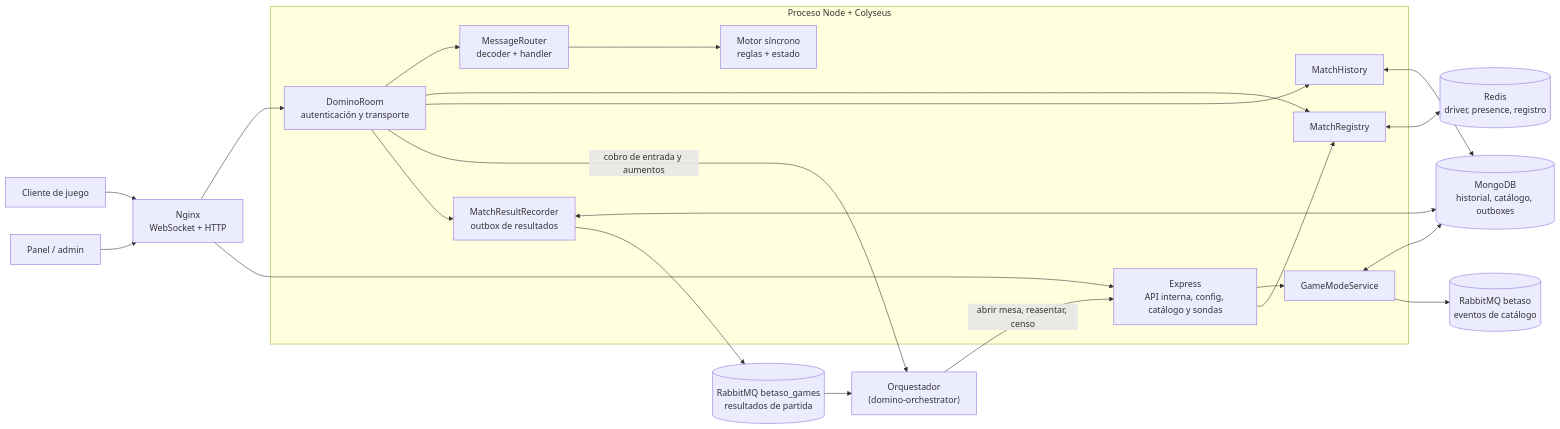
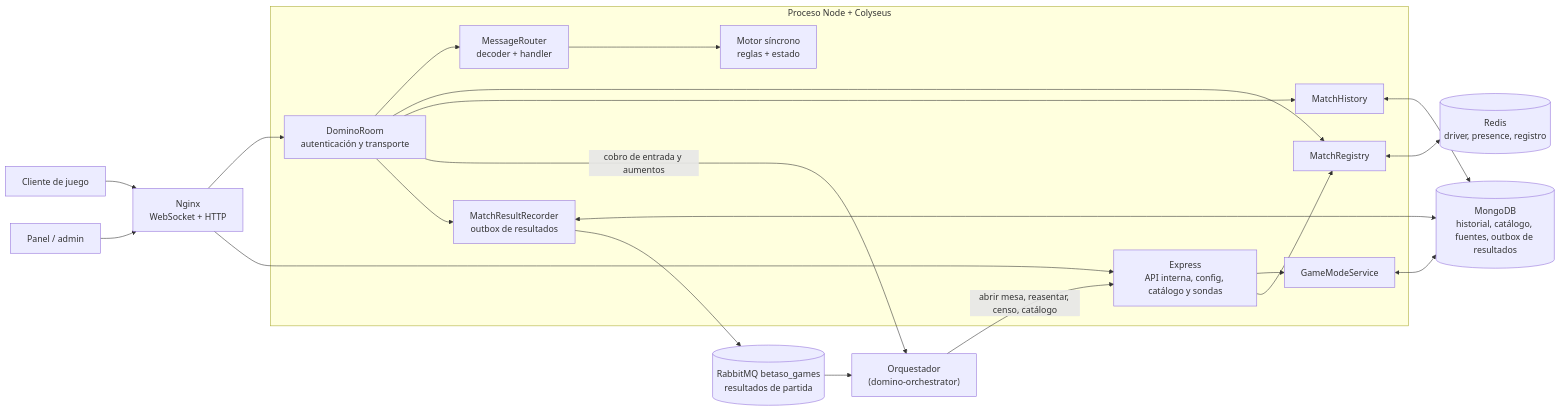
The first of 5 diagrams in docs/arquitectura.md (Betaso-Team/domino-backend-v2), drawn with Mermaid before and after one commit. The commit also changed other lines of this file and 4 other files, not shown here.

First line of the commit message:
docs: catálogo sin exchange `betaso`, suscripciones explícitas y fuente por operador

````diff
--- a/docs/arquitectura.md
+++ b/docs/arquitectura.md
@@ -15,43 +15,41 @@
 ```mermaid
 flowchart LR
   Client["Cliente de juego"]
   Orch["Orquestador\n(domino-orchestrator)"]
   Panel["Panel / admin"]
   Proxy["Nginx\nWebSocket + HTTP"]
 
   subgraph Process["Proceso Node + Colyseus"]
     Room["DominoRoom\nautenticación y transporte"]
     Router["MessageRouter\ndecoder + handler"]
     Engine["Motor síncrono\nreglas + estado"]
     HTTP["Express\nAPI interna, config, catálogo y sondas"]
     Registry["MatchRegistry"]
     Catalog["GameModeService"]
     History["MatchHistory"]
     Results["MatchResultRecorder\noutbox de resultados"]
   end
 
   Redis[("Redis\ndriver, presence, registro")]
-  Mongo[("MongoDB\nhistorial, catálogo, outboxes")]
-  Rabbit[("RabbitMQ betaso\neventos de catálogo")]
+  Mongo[("MongoDB\nhistorial, catálogo, fuentes, outbox de resultados")]
   Games[("RabbitMQ betaso_games\nresultados de partida")]
 
   Client --> Proxy
   Panel --> Proxy
-  Orch -->|"abrir mesa, reasentar, censo"| HTTP
+  Orch -->|"abrir mesa, reasentar, censo, catálogo"| HTTP
   Proxy --> Room
   Proxy --> HTTP
   Room --> Router --> Engine
   Room --> Registry
   Room --> History
   Room -->|"cobro de entrada y aumentos"| Orch
   Room --> Results
   HTTP --> Catalog
   HTTP --> Registry
   Registry <--> Redis
   History <--> Mongo
   Catalog <--> Mongo
   Results <--> Mongo
-  Catalog --> Rabbit
   Results --> Games
   Games --> Orch
 ```
````
